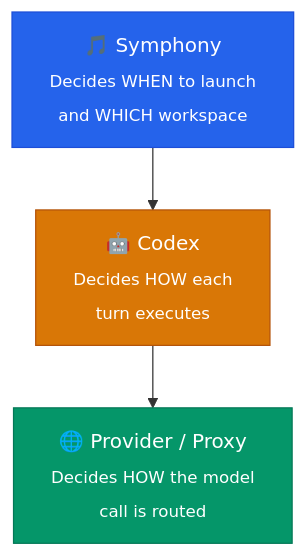
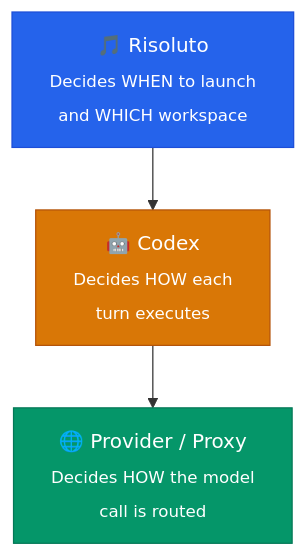
Before and after one commit to OmerFarukOruc/symphony-orchestrator: the third of 3 diagrams in README.md, drawn with Mermaid. The commit also changed other lines of this file and 43 other files, not shown here.

First line of the commit message:
refactor(rebrand): rename Symphony to Risoluto in docs, skills, prompts

````diff
--- a/README.md
+++ b/README.md
@@ -433,12 +433,12 @@
 ```mermaid
 flowchart TB
-    S["🎵 Symphony<br/><sub>Decides WHEN to launch<br/>and WHICH workspace</sub>"]
+    S["🎵 Risoluto<br/><sub>Decides WHEN to launch<br/>and WHICH workspace</sub>"]
     C["🤖 Codex<br/><sub>Decides HOW each<br/>turn executes</sub>"]
     P["🌐 Provider / Proxy<br/><sub>Decides HOW the model<br/>call is routed</sub>"]
 
     S --> C --> P
 
     style S fill:#2563eb,stroke:#1d4ed8,color:#fff
     style C fill:#d97706,stroke:#b45309,color:#fff
     style P fill:#059669,stroke:#047857,color:#fff
 ```
````
